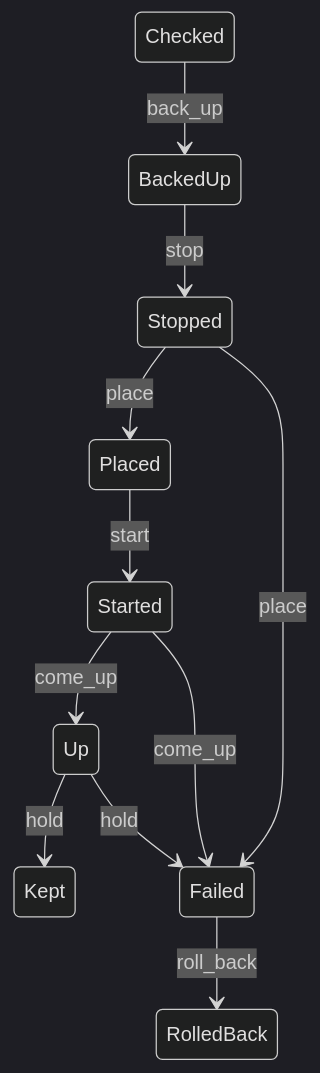
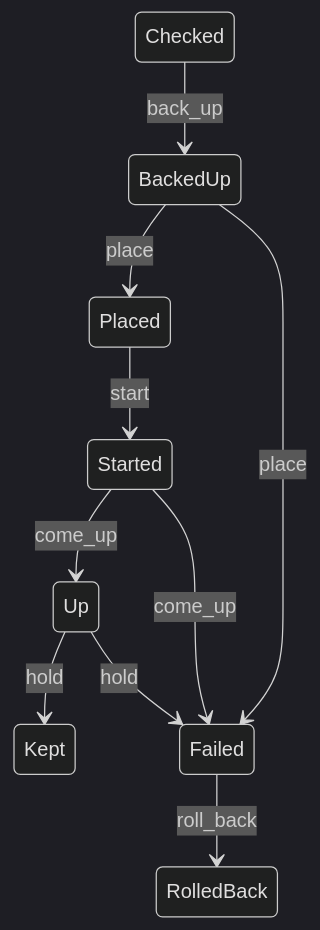
The first of 6 diagrams in docs/state-machines.md (sharno/kindil), drawn with Mermaid (dark theme) before and after one commit. The commit also changed other lines of this file and 5 other files, not shown here.

````diff
--- a/docs/state-machines.md
+++ b/docs/state-machines.md
@@ -21,23 +21,21 @@
 ```mermaid
 stateDiagram-v2
     %% machine: install::steps::Installing
     state "Checked" as s0
     state "BackedUp" as s1
-    state "Stopped" as s2
-    state "Placed" as s3
-    state "Started" as s4
-    state "Up" as s5
-    state "Kept" as s6
-    state "Failed" as s7
-    state "RolledBack" as s8
-    s1 --> s2: stop
+    state "Placed" as s2
+    state "Started" as s3
+    state "Up" as s4
+    state "Kept" as s5
+    state "Failed" as s6
+    state "RolledBack" as s7
+    s1 --> s2: place
+    s1 --> s6: place
     s0 --> s1: back_up
-    s7 --> s8: roll_back
-    s3 --> s4: start
-    s4 --> s5: come_up
-    s4 --> s7: come_up
-    s2 --> s3: place
-    s2 --> s7: place
-    s5 --> s6: hold
-    s5 --> s7: hold
+    s6 --> s7: roll_back
+    s2 --> s3: start
+    s3 --> s4: come_up
+    s3 --> s6: come_up
+    s4 --> s5: hold
+    s4 --> s6: hold
 ```
````
